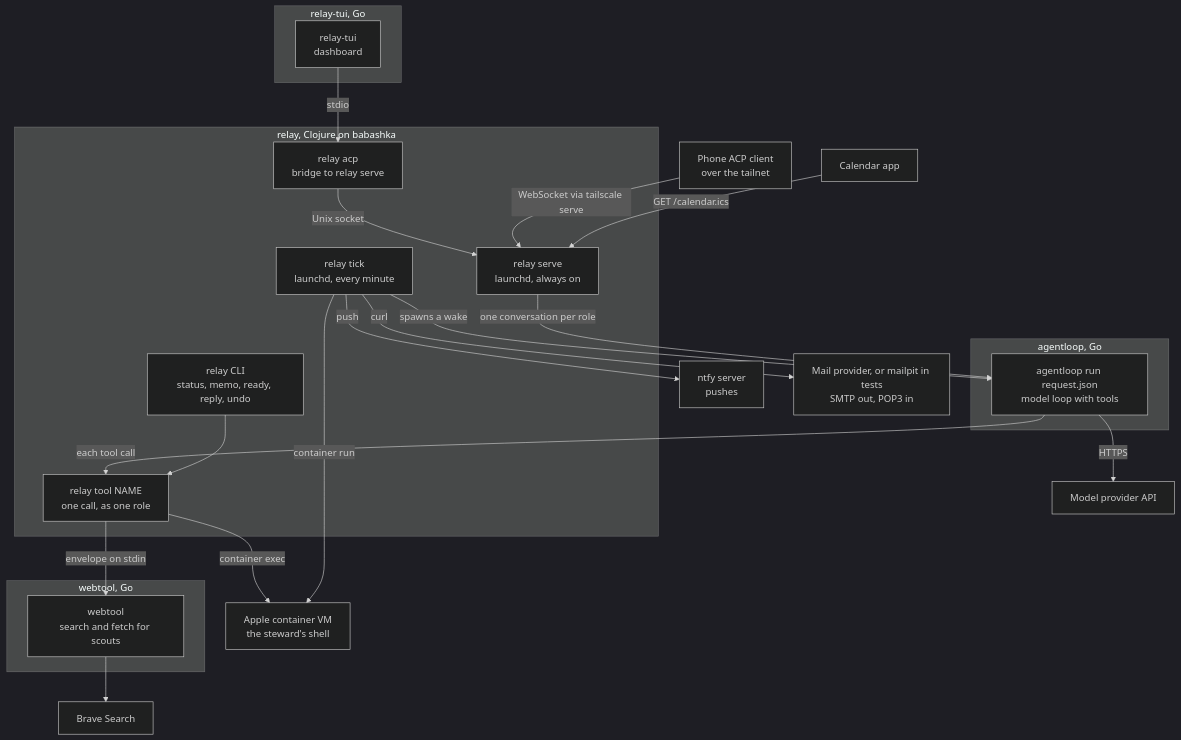
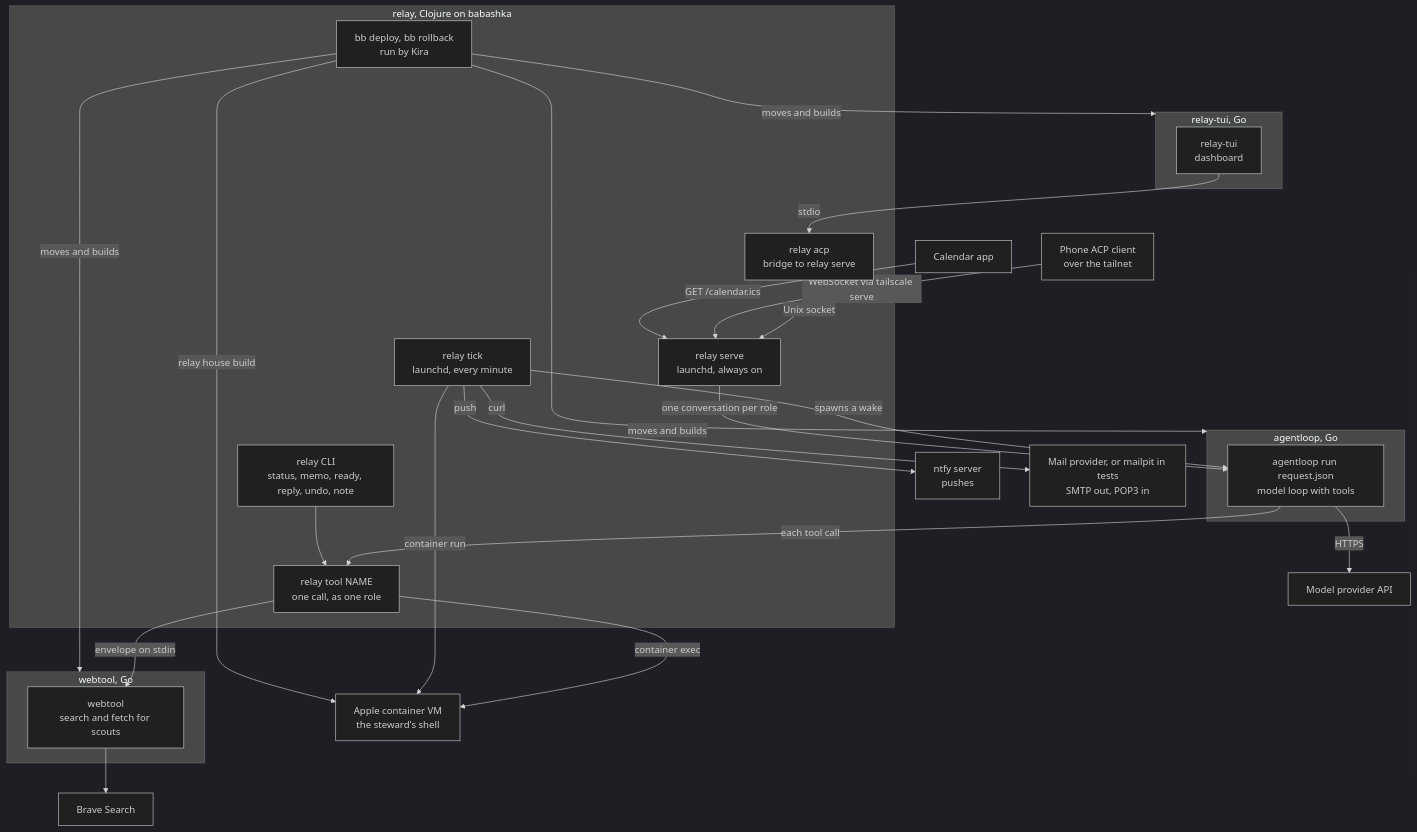
One commit to kirahowe/relay changed the third of 16 diagrams in docs/architecture.md. Above: the diagram before and after it, drawn with Mermaid (dark theme). The commit also changed other lines of this file, not shown here.

First line of the commit message:
Bring the architecture page up to date with main

````diff
--- a/docs/architecture.md
+++ b/docs/architecture.md
@@ -84,46 +125,51 @@
 ```mermaid
 flowchart TB
     subgraph relayrepo["relay, Clojure on babashka"]
         tick["relay tick<br/>launchd, every minute"]
         serve["relay serve<br/>launchd, always on"]
         acp["relay acp<br/>bridge to relay serve"]
         tool["relay tool NAME<br/>one call, as one role"]
-        cli["relay CLI<br/>status, memo, ready, reply, undo"]
+        cli["relay CLI<br/>status, memo, ready, reply, undo, note"]
+        deploy["bb deploy, bb rollback<br/>run by Kira"]
     end
 
     subgraph agentloopRepo["agentloop, Go"]
         al["agentloop run request.json<br/>model loop with tools"]
     end
 
     subgraph tuiRepo["relay-tui, Go"]
         tui["relay-tui<br/>dashboard"]
     end
 
     subgraph webtoolRepo["webtool, Go"]
         wt["webtool<br/>search and fetch for scouts"]
     end
 
     container["Apple container VM<br/>the steward's shell"]
     ntfy["ntfy server<br/>pushes"]
     smtp["Mail provider, or mailpit in tests<br/>SMTP out, POP3 in"]
     provider["Model provider API"]
     brave["Brave Search"]
     phone["Phone ACP client<br/>over the tailnet"]
     calapp["Calendar app"]
 
     tick -->|"spawns a wake"| al
     serve -->|"one conversation per role"| al
     al -->|"HTTPS"| provider
     al -->|"each tool call"| tool
     tool -->|"envelope on stdin"| wt
     wt --> brave
     tool -->|"container exec"| container
     tick -->|"container run"| container
     tui -->|"stdio"| acp
     acp -->|"Unix socket"| serve
     phone -->|"WebSocket via tailscale serve"| serve
     calapp -->|"GET /calendar.ics"| serve
     tick -->|"curl"| smtp
     tick -->|"push"| ntfy
     cli --> tool
+    deploy -->|"moves and builds"| agentloopRepo
+    deploy -->|"moves and builds"| tuiRepo
+    deploy -->|"moves and builds"| webtoolRepo
+    deploy -->|"relay house build"| container
 ```
````
